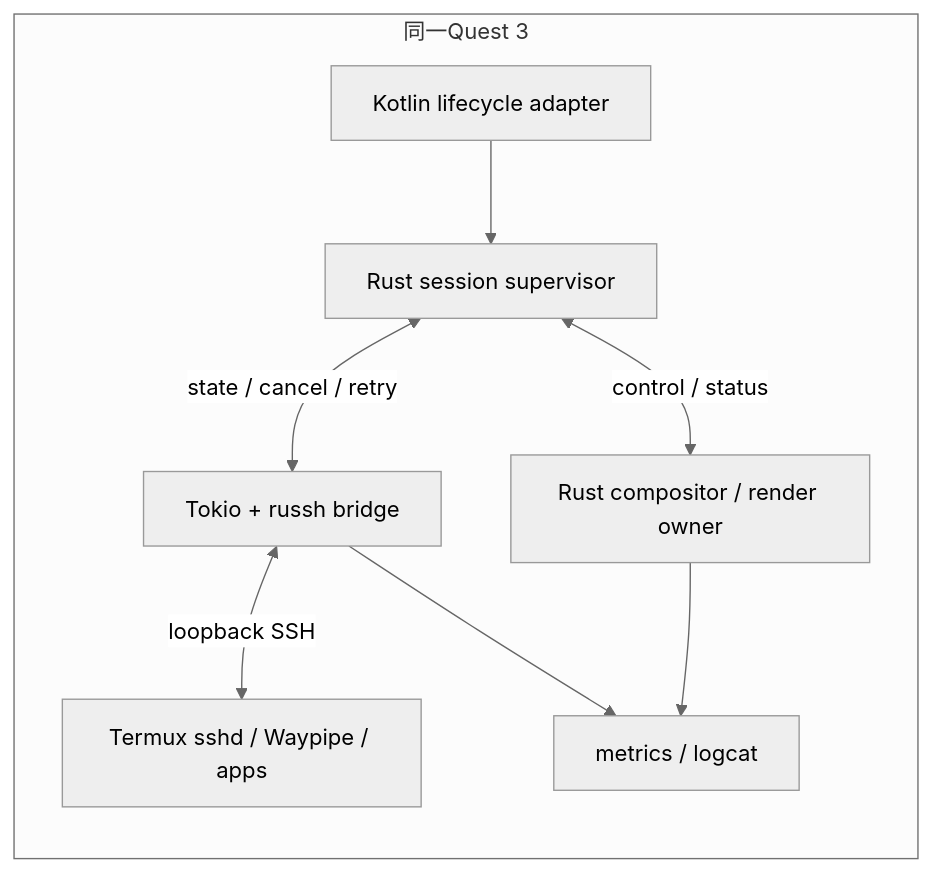
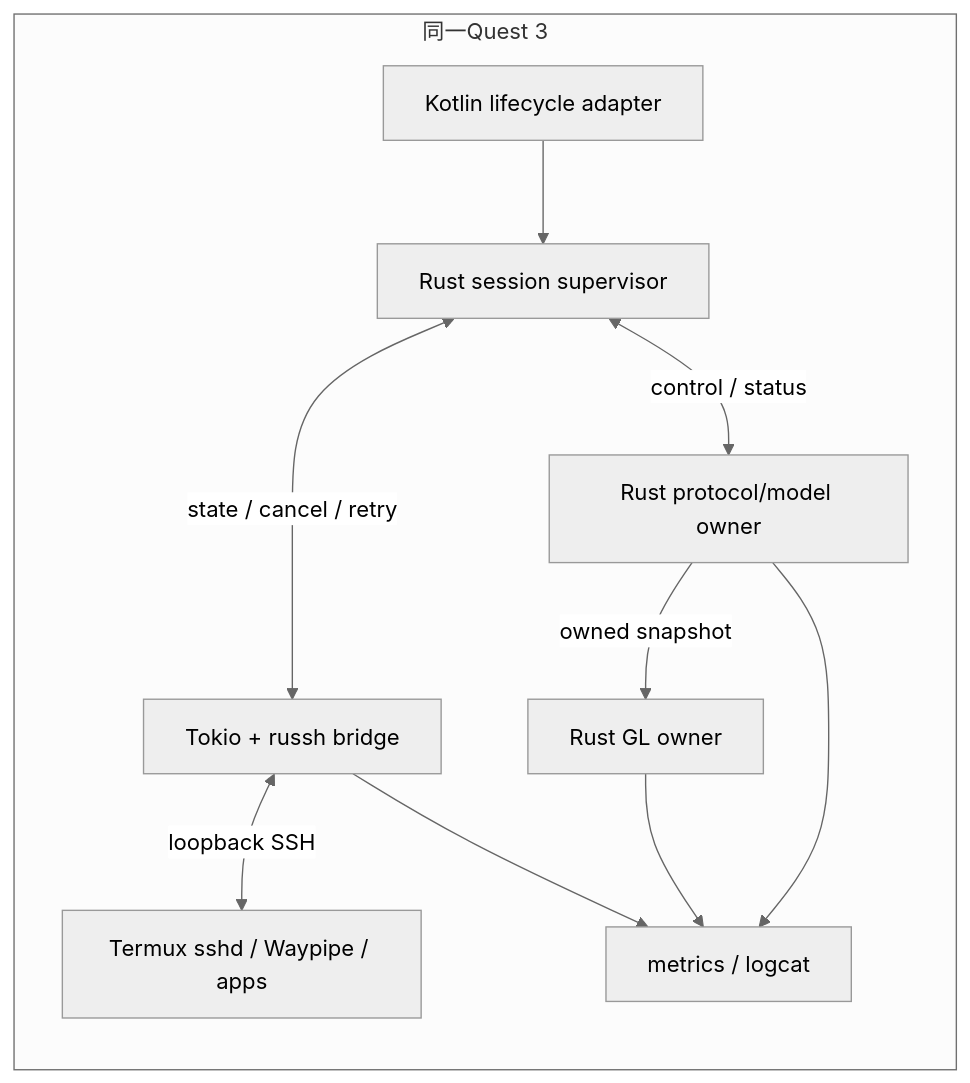
Before and after one commit to tin-machine/eidolon-wayland: the seventh of 7 diagrams in docs/implementation-plan.md, drawn with Mermaid (neutral theme). The commit also changed other lines of this file and 21 other files, not shown here.

```diff
--- a/docs/implementation-plan.md
+++ b/docs/implementation-plan.md
@@ -397,11 +401,13 @@
 ~~~mermaid
 flowchart LR
   subgraph Q["同一Quest 3"]
     K["Kotlin lifecycle adapter"] --> S["Rust session supervisor"]
     S <-->|"state / cancel / retry"| N["Tokio + russh bridge"]
     N <-->|"loopback SSH"| T["Termux sshd / Waypipe / apps"]
-    S <-->|"control / status"| R["Rust compositor / render owner"]
+    S <-->|"control / status"| R["Rust protocol/model owner"]
+    R -->|"owned snapshot"| G["Rust GL owner"]
     R --> M["metrics / logcat"]
+    G --> M
     N --> M
   end
 ~~~
```
